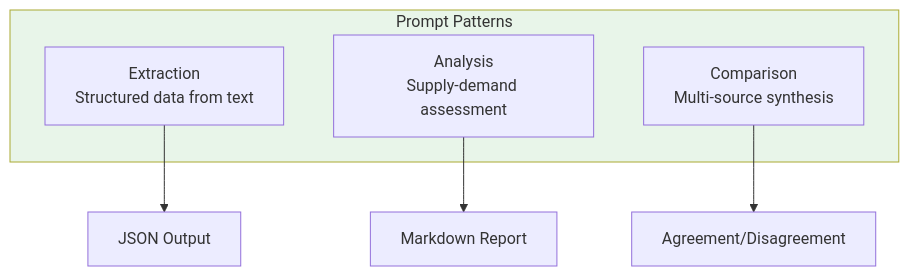
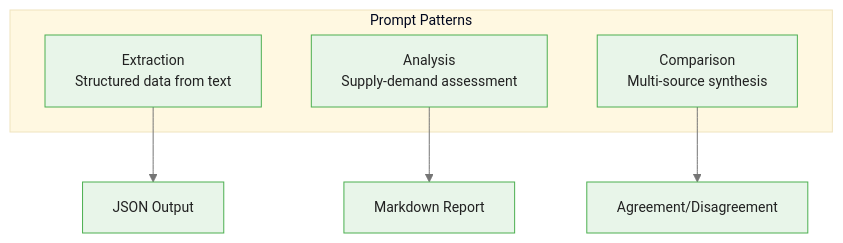
One commit to m-deane/course-creator changed the fourth of 6 diagrams in courses/dataiku-genai/modules/module_01_prompts/guides/01_prompt_studios_slides.md. Above: the diagram before and after it, drawn with Mermaid. The commit also changed other lines of this file and 54 other files, not shown here.

````diff
--- a/courses/dataiku-genai/modules/module_01_prompts/guides/01_prompt_studios_slides.md
+++ b/courses/dataiku-genai/modules/module_01_prompts/guides/01_prompt_studios_slides.md
@@ -193,14 +190,13 @@
 ```mermaid
+%%{init: {"theme": "base", "themeVariables": {"primaryColor": "#e8f5e9", "primaryBorderColor": "#4caf50", "primaryTextColor": "#212121", "secondaryColor": "#e3f2fd", "tertiaryColor": "#fff8e1", "lineColor": "#757575", "fontFamily": "Inter, sans-serif", "fontSize": "14px"}}}%%
 graph TB
     subgraph Patterns[Prompt Patterns]
         EX[Extraction<br/>Structured data from text]
         AN[Analysis<br/>Supply-demand assessment]
         CO[Comparison<br/>Multi-source synthesis]
     end
 
     EX --> JSON[JSON Output]
     AN --> MD[Markdown Report]
     CO --> DIFF[Agreement/Disagreement]
-
-    style Patterns fill:#e8f5e9
 ```
````
